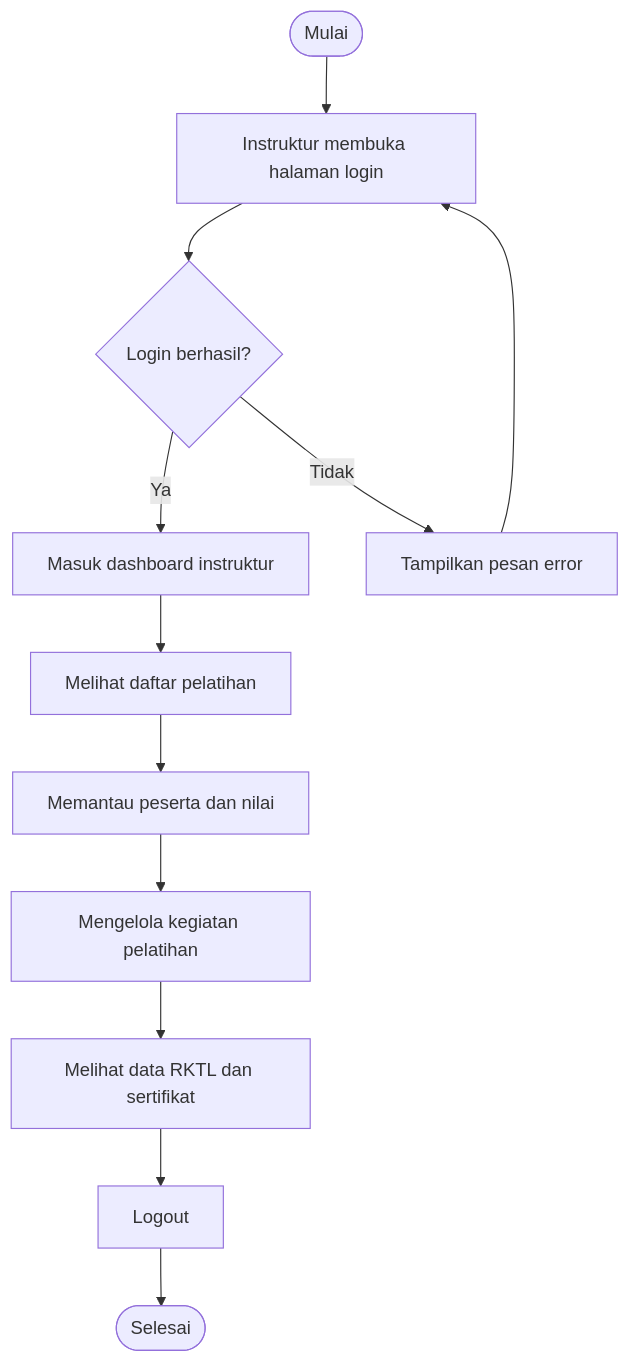
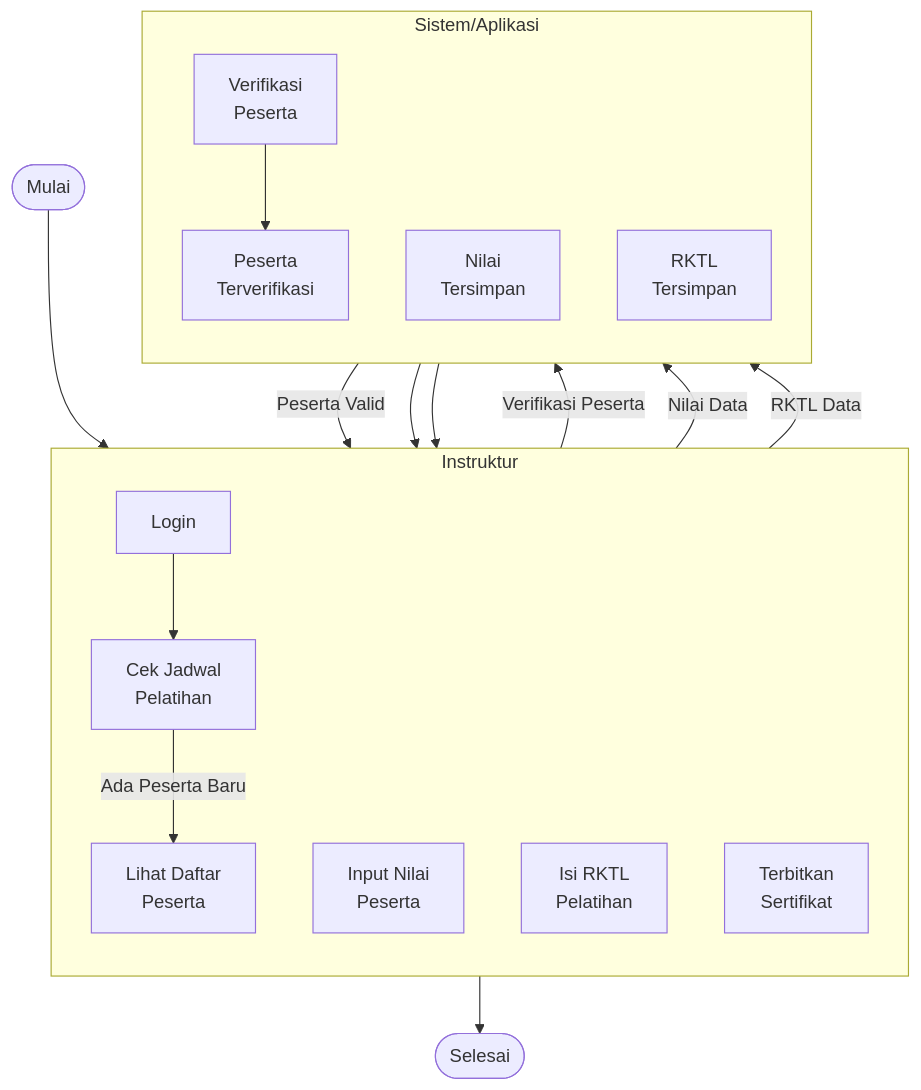
One commit to hafiz4m1/SISTEM_INFORMASI_MANAJEMEN_PELATIHAN_DAN_ALUMNI changed the diagram in diagram/instruktur_activity.mmd. Above: the diagram before and after it, drawn with Mermaid. The commit also changed 47 other files, not shown here.

```diff
--- a/diagram/instruktur_activity.mmd
+++ b/diagram/instruktur_activity.mmd
@@ -1,12 +1,34 @@
 flowchart TD
-    A([Mulai]) --> B[Instruktur membuka halaman login]
-    B --> C{Login berhasil?}
-    C -- Ya --> D[Masuk dashboard instruktur]
-    C -- Tidak --> E[Tampilkan pesan error]
-    E --> B
-    D --> F[Melihat daftar pelatihan]
-    F --> G[Memantau peserta dan nilai]
-    G --> H[Mengelola kegiatan pelatihan]
-    H --> I[Melihat data RKTL dan sertifikat]
-    I --> J[Logout]
-    J --> K([Selesai])
+    Start([Mulai])
+    
+    subgraph Instruktur["Instruktur"]
+        direction TB
+        A[Login]
+        B[Cek Jadwal<br/>Pelatihan]
+        C[Lihat Daftar<br/>Peserta]
+        D[Input Nilai<br/>Peserta]
+        E[Isi RKTL<br/>Pelatihan]
+        F[Terbitkan<br/>Sertifikat]
+    end
+    
+    subgraph System["Sistem/Aplikasi"]
+        direction TB
+        X[Verifikasi<br/>Peserta]
+        Y[Peserta<br/>Terverifikasi]
+        Z[Nilai<br/>Tersimpan]
+        W[RKTL<br/>Tersimpan]
+    end
+    
+    End([Selesai])
+    
+    Start --> A
+    A --> B
+    B -->|Ada Peserta Baru| C
+    C -->|Verifikasi Peserta| X
+    X --> Y
+    Y -->|Peserta Valid| D
+    D -->|Nilai Data| Z
+    Z --> E
+    E -->|RKTL Data| W
+    W --> F
+    F --> End
```
